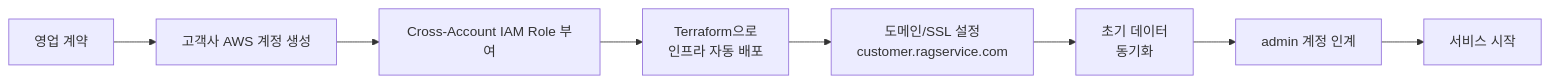
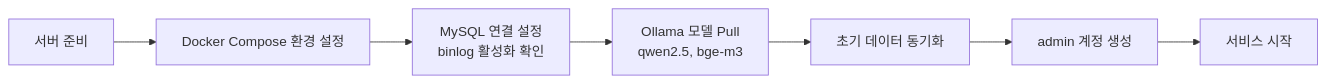
One commit to nittre/ragvault changed the second of 14 diagrams in requirements/TEAM-OVERVIEW.md. Above: the diagram before and after it, drawn with Mermaid. The commit also changed other lines of this file and 32 other files, not shown here.

First line of the commit message:
docs: bge-m3·Docker Compose·사내 서비스 전환 전체 문서 반영

````diff
--- a/requirements/TEAM-OVERVIEW.md
+++ b/requirements/TEAM-OVERVIEW.md
@@ -191,10 +186,9 @@
 ```mermaid
 flowchart LR
-    A[영업 계약] --> B[고객사 AWS 계정 생성]
-    B --> C[Cross-Account IAM Role 부여]
-    C --> D[Terraform으로<br/>인프라 자동 배포]
-    D --> E[도메인/SSL 설정<br/>customer.ragservice.com]
-    E --> F[초기 데이터<br/>동기화]
-    F --> G[admin 계정 인계]
-    G --> H[서비스 시작]
+    A[서버 준비] --> B[Docker Compose 환경 설정]
+    B --> C[MySQL 연결 설정<br/>binlog 활성화 확인]
+    C --> D[Ollama 모델 Pull<br/>qwen2.5, bge-m3]
+    D --> E[초기 데이터 동기화]
+    E --> F[admin 계정 생성]
+    F --> G[서비스 시작]
 ```
````
